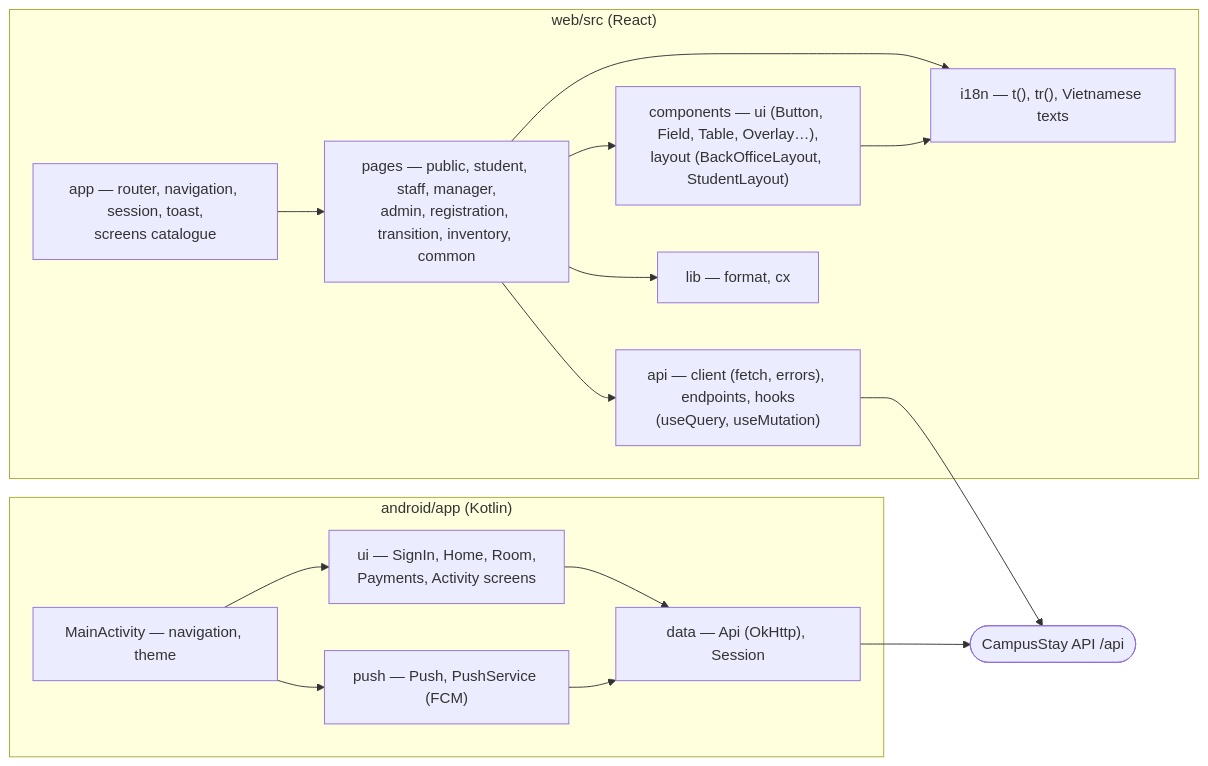
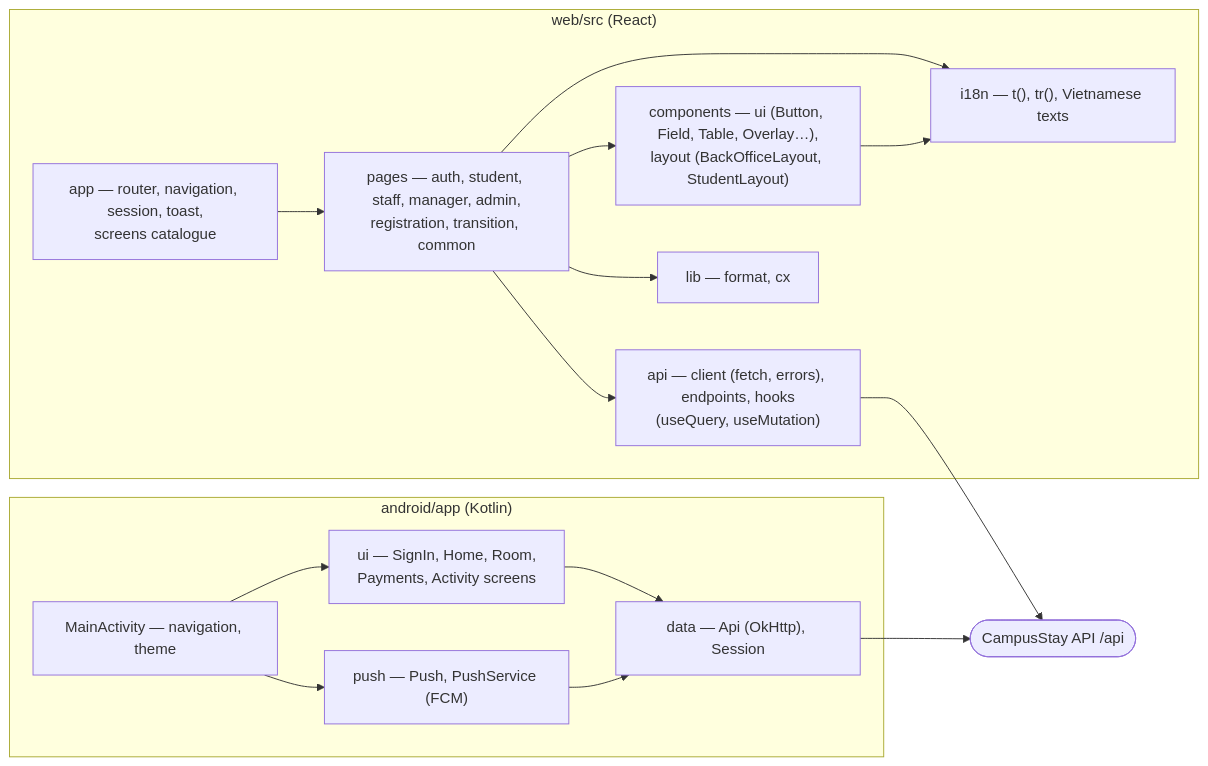
Before and after one commit to tisou47/CampusStay-FPT: the diagram in docs/diagrams/package-clients.mmd, drawn with Mermaid. The commit also changed 149 other files, not shown here.

```diff
--- a/docs/diagrams/package-clients.mmd
+++ b/docs/diagrams/package-clients.mmd
@@ -1,27 +1,27 @@
 %% Web and Android package diagrams
 flowchart LR
   subgraph WEB["web/src (React)"]
     w1["app — router, navigation, session, toast,<br/>screens catalogue"]
-    w2["pages — public, student, staff, manager,<br/>admin, registration, transition, inventory, common"]
+    w2["pages — auth, student, staff, manager, admin,<br/>registration, transition, common"]
     w3["components — ui (Button, Field, Table, Overlay…),<br/>layout (BackOfficeLayout, StudentLayout)"]
     w4["api — client (fetch, errors), endpoints, hooks<br/>(useQuery, useMutation)"]
     w5["i18n — t(), tr(), Vietnamese texts"]
     w6["lib — format, cx"]
     w2 --> w3
     w2 --> w4
     w2 --> w5
     w2 --> w6
     w1 --> w2
     w3 --> w5
   end
   subgraph AND["android/app (Kotlin)"]
     a1["MainActivity — navigation, theme"]
     a2["ui — SignIn, Home, Room,<br/>Payments, Activity screens"]
     a3["data — Api (OkHttp), Session"]
     a4["push — Push, PushService (FCM)"]
     a1 --> a2 --> a3
     a1 --> a4 --> a3
   end
   api(["CampusStay API /api"])
   w4 --> api
   a3 --> api
```
